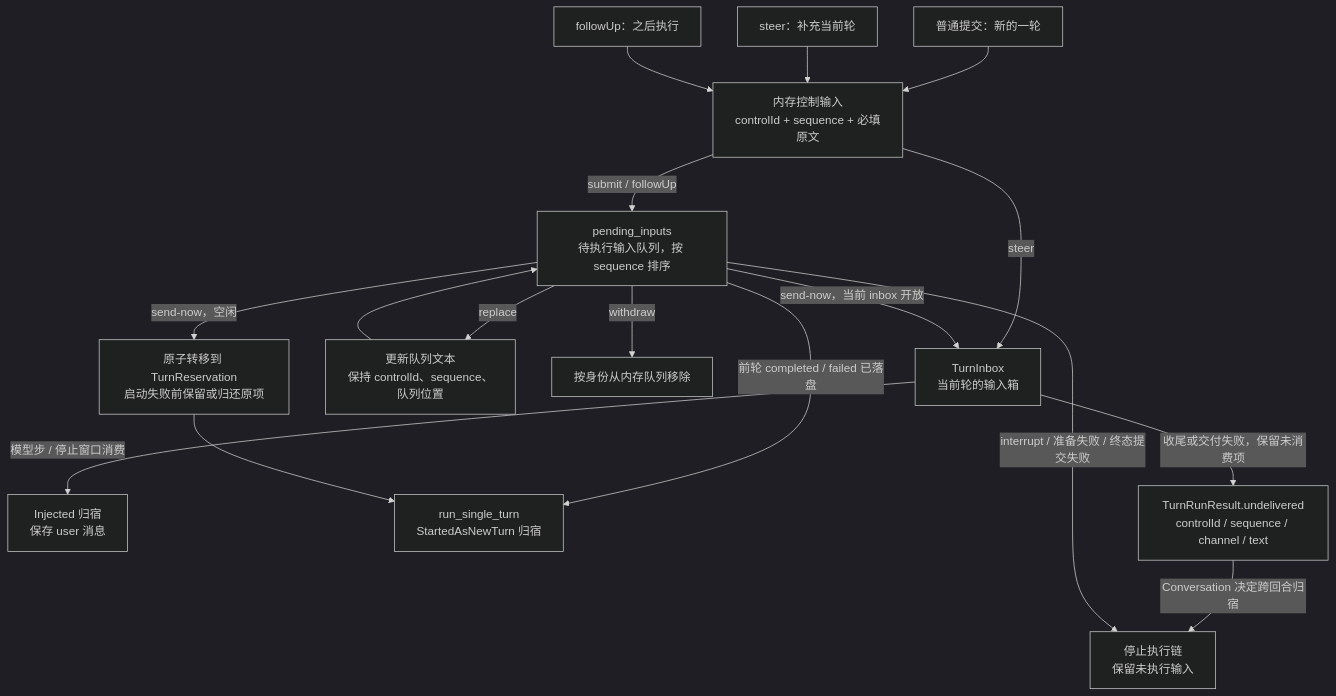
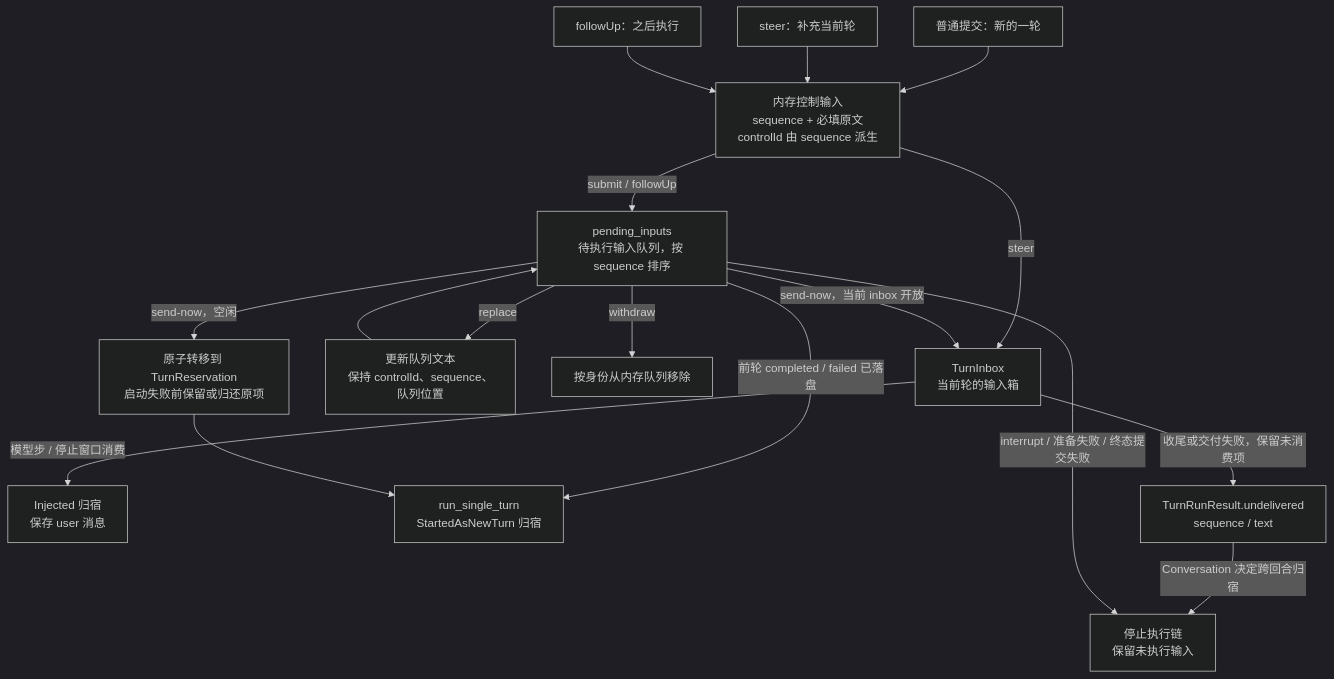
Before and after one commit to qjcnmd/singularity-agent: diagram 16 of 29 in docs/architecture.md, drawn with Mermaid (dark theme). The commit also changed other lines of this file and 137 other files, not shown here.

````diff
--- a/docs/architecture.md
+++ b/docs/architecture.md
@@ -438,19 +438,19 @@
 ```mermaid
 flowchart TB
-    Submit["普通提交：新的一轮"] --> Accepted["内存控制输入<br/>controlId + sequence + 必填原文"]
+    Submit["普通提交：新的一轮"] --> Accepted["内存控制输入<br/>sequence + 必填原文<br/>controlId 由 sequence 派生"]
     Steer["steer：补充当前轮"] --> Accepted
     Follow["followUp：之后执行"] --> Accepted
     Accepted -->|"steer"| Inbox["TurnInbox<br/>当前轮的输入箱"]
     Accepted -->|"submit / followUp"| Queue["pending_inputs<br/>待执行输入队列，按 sequence 排序"]
     Inbox -->|"模型步 / 停止窗口消费"| Injected["Injected 归宿<br/>保存 user 消息"]
     Queue -->|"replace"| Replaced["更新队列文本<br/>保持 controlId、sequence、队列位置"]
     Replaced --> Queue
     Queue -->|"withdraw"| Withdrawn["按身份从内存队列移除"]
     Queue -->|"send-now，当前 inbox 开放"| Inbox
     Queue -->|"send-now，空闲"| Reserve["原子转移到 TurnReservation<br/>启动失败前保留或归还原项"]
     Queue -->|"前轮 completed / failed 已落盘"| Next["run_single_turn<br/>StartedAsNewTurn 归宿"]
     Reserve --> Next
-    Inbox -->|"收尾或交付失败，保留未消费项"| Handoff["TurnRunResult.undelivered<br/>controlId / sequence / channel / text"]
+    Inbox -->|"收尾或交付失败，保留未消费项"| Handoff["TurnRunResult.undelivered<br/>sequence / text"]
     Handoff -->|"Conversation 决定跨回合归宿"| Retain
     Queue -->|"interrupt / 准备失败 / 终态提交失败"| Retain["停止执行链<br/>保留未执行输入"]
 ```
````
